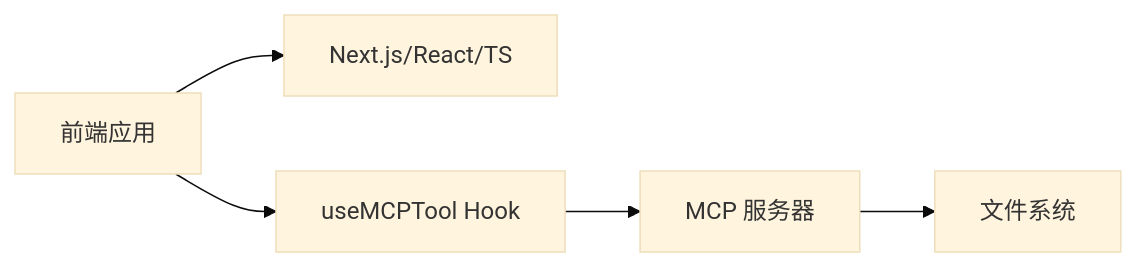
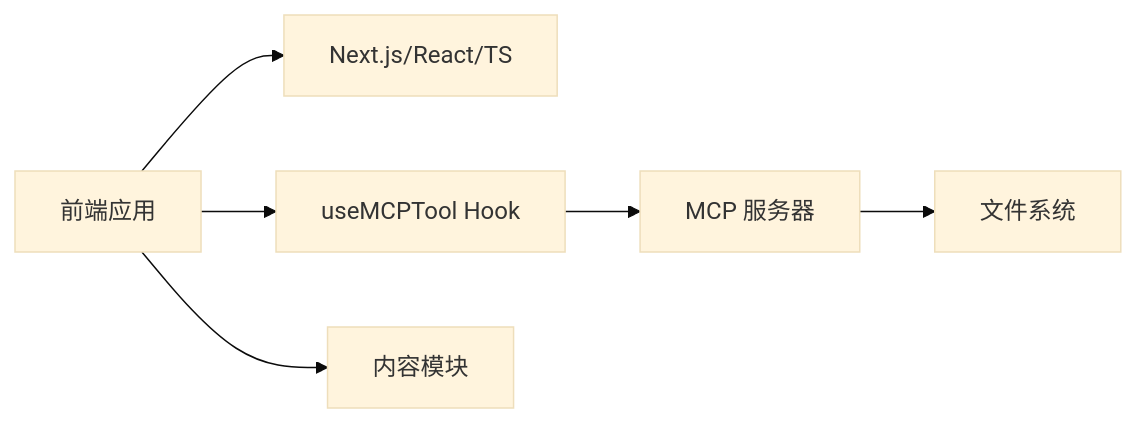
The fifth of 7 diagrams in .qoder/repowiki/zh/content/MCP架构设计/MCP架构设计.md (Leslie-Chuan/classic-example), drawn with Mermaid (base theme) before and after one commit. The commit also changed other lines of this file and 46 other files, not shown here.

````diff
--- a/.qoder/repowiki/zh/content/MCP架构设计/MCP架构设计.md
+++ b/.qoder/repowiki/zh/content/MCP架构设计/MCP架构设计.md
@@ -207,7 +231,8 @@
 ```mermaid
 graph LR
 A["前端应用"] --> B["Next.js/React/TS"]
 A --> C["useMCPTool Hook"]
 C --> D["MCP 服务器"]
 D --> E["文件系统"]
+A --> F["内容模块"]
 ```
````
